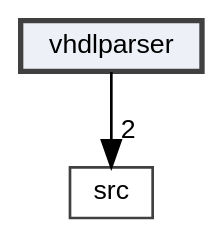
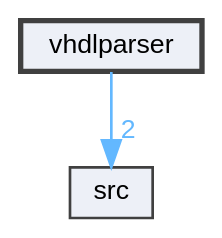
One commit to tim-gromeyer/doxygen changed the diagram in dir_534aeb5b2351b2c83787cc7391511c04_dep.dot. Above: the diagram before and after it, drawn with Graphviz. The commit also changed 2541 other files, not shown here.

```diff
--- a/dir_534aeb5b2351b2c83787cc7391511c04_dep.dot
+++ b/dir_534aeb5b2351b2c83787cc7391511c04_dep.dot
@@ -1,12 +1,12 @@
 digraph "vhdlparser"
 {
  // INTERACTIVE_SVG=YES
  // LATEX_PDF_SIZE
   bgcolor="transparent";
   edge [fontname=Helvetica,fontsize=10,labelfontname=Helvetica,labelfontsize=10];
   node [fontname=Helvetica,fontsize=10,shape=box,height=0.2,width=0.4];
   compound=true
-  dir_534aeb5b2351b2c83787cc7391511c04 [label="vhdlparser", fillcolor="#edf0f7", color="grey25", style="filled,bold,", URL="dir_534aeb5b2351b2c83787cc7391511c04.html",tooltip=""];
-  dir_68267d1309a1af8e8297ef4c3efbcdba [label="src", fillcolor="#edf0f7", color="grey25", style="", URL="dir_68267d1309a1af8e8297ef4c3efbcdba.html",tooltip=""];
-  dir_534aeb5b2351b2c83787cc7391511c04->dir_68267d1309a1af8e8297ef4c3efbcdba [headlabel="2", labeldistance=1.5 headhref="dir_000002_000001.html"];
+  dir_534aeb5b2351b2c83787cc7391511c04 [label="vhdlparser", fillcolor="#edf0f7", color="grey25", style="filled,bold", URL="dir_534aeb5b2351b2c83787cc7391511c04.html",tooltip=""];
+  dir_68267d1309a1af8e8297ef4c3efbcdba [label="src", fillcolor="#edf0f7", color="grey25", style="filled", URL="dir_68267d1309a1af8e8297ef4c3efbcdba.html",tooltip=""];
+  dir_534aeb5b2351b2c83787cc7391511c04->dir_68267d1309a1af8e8297ef4c3efbcdba [headlabel="2", labeldistance=1.5 headhref="dir_000002_000001.html" color="steelblue1" fontcolor="steelblue1"];
 }
```
